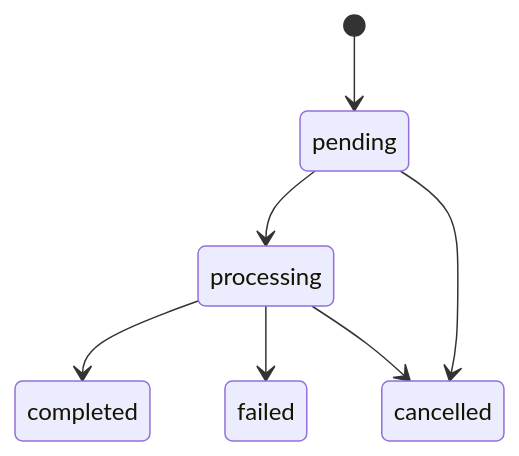
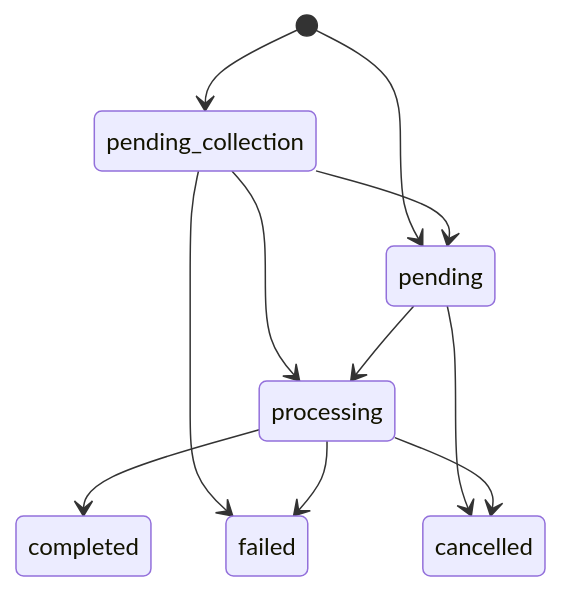
Before and after one commit to TeelOrg/docs: the second of 6 diagrams in concepts.mdx, drawn with Mermaid. The commit also changed other lines of this file and 61 other files, not shown here.

````diff
--- a/concepts.mdx
+++ b/concepts.mdx
@@ -41,9 +41,13 @@
 ```mermaid
 stateDiagram-v2
     [*] --> pending
+    [*] --> pending_collection
+    pending_collection --> pending
+    pending_collection --> processing
+    pending_collection --> failed
     pending --> processing
     processing --> completed
     processing --> failed
     pending --> cancelled
     processing --> cancelled
 ```
````
